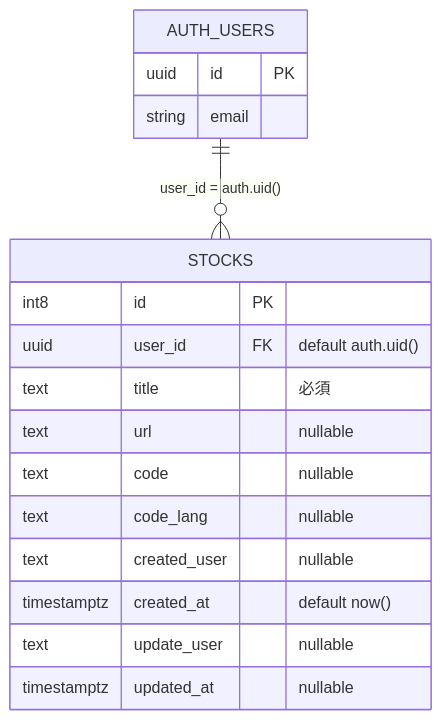
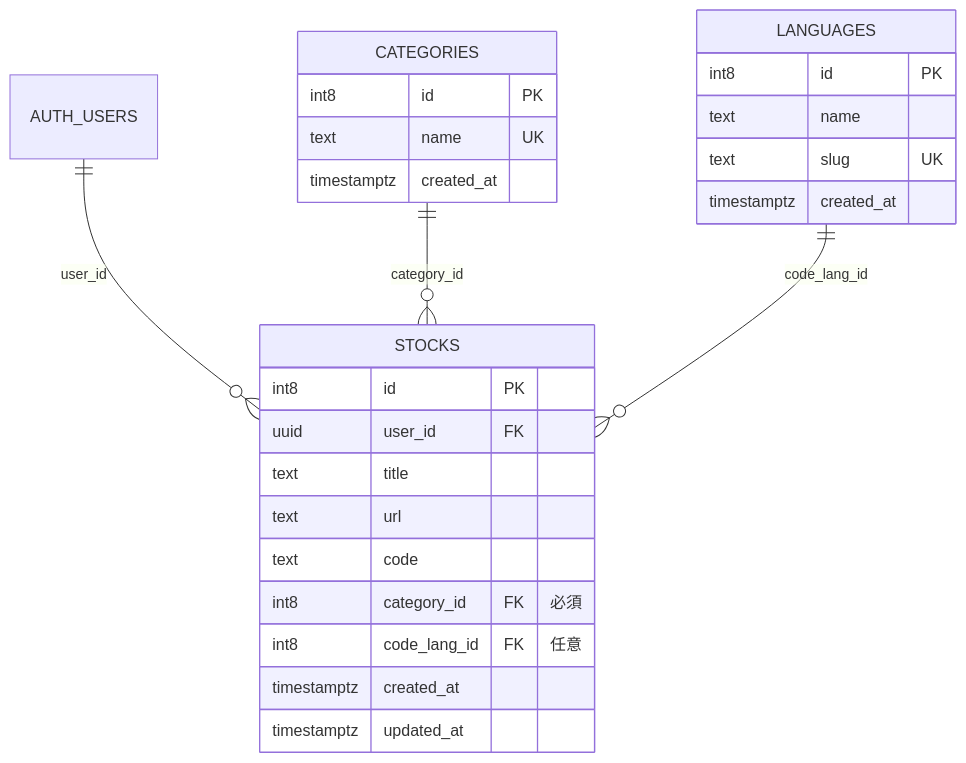
The fifth of 5 diagrams in docs/architecture.md (ryo-riverfield/fav-code-stock), drawn with Mermaid before and after one commit. The commit also changed other lines of this file and 21 other files, not shown here.

````diff
--- a/docs/architecture.md
+++ b/docs/architecture.md
@@ -281,22 +265,31 @@
 ```mermaid
 erDiagram
-    AUTH_USERS ||--o{ STOCKS : "user_id = auth.uid()"
+    AUTH_USERS ||--o{ STOCKS : "user_id"
+    CATEGORIES ||--o{ STOCKS : "category_id"
+    LANGUAGES ||--o{ STOCKS : "code_lang_id"
 
-    AUTH_USERS {
-        uuid id PK
-        string email
+    CATEGORIES {
+        int8 id PK
+        text name UK
+        timestamptz created_at
+    }
+
+    LANGUAGES {
+        int8 id PK
+        text name
+        text slug UK
+        timestamptz created_at
     }
 
     STOCKS {
         int8 id PK
-        uuid user_id FK "default auth.uid()"
-        text title "必須"
-        text url "nullable"
-        text code "nullable"
-        text code_lang "nullable"
-        text created_user "nullable"
-        timestamptz created_at "default now()"
-        text update_user "nullable"
-        timestamptz updated_at "nullable"
+        uuid user_id FK
+        text title
+        text url
+        text code
+        int8 category_id FK "必須"
+        int8 code_lang_id FK "任意"
+        timestamptz created_at
+        timestamptz updated_at
     }
 ```
````
